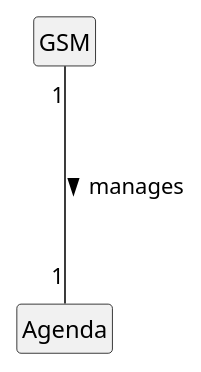
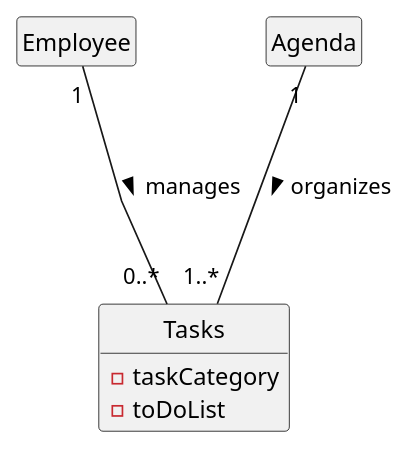
Before and after one commit to Mendoncaa/LAPR2: the diagram in docs/sprintC/us0024/02.analysis/puml/us24-domain-model.puml, drawn with PlantUML. The commit also changed 9 other files, not shown here.

```diff
--- a/docs/sprintC/us0024/02.analysis/puml/us24-domain-model.puml
+++ b/docs/sprintC/us0024/02.analysis/puml/us24-domain-model.puml
@@ -1,23 +1,23 @@
 @startuml
 
 hide methods
 hide circle
 hide empty attributes
 skinparam linetype polyline
 
 
-
-
-class GSM {
+class Employee {
 }
 
+class Tasks {
+  - taskCategory
+  - toDoList
+}
 
 class Agenda {
-
 }
 
-
-GSM "1"---"1" Agenda : manages >
-
+Employee "1"---"0..*" Tasks: manages >
+Agenda "1"---"1..*" Tasks : organizes >
 
 @enduml
```
